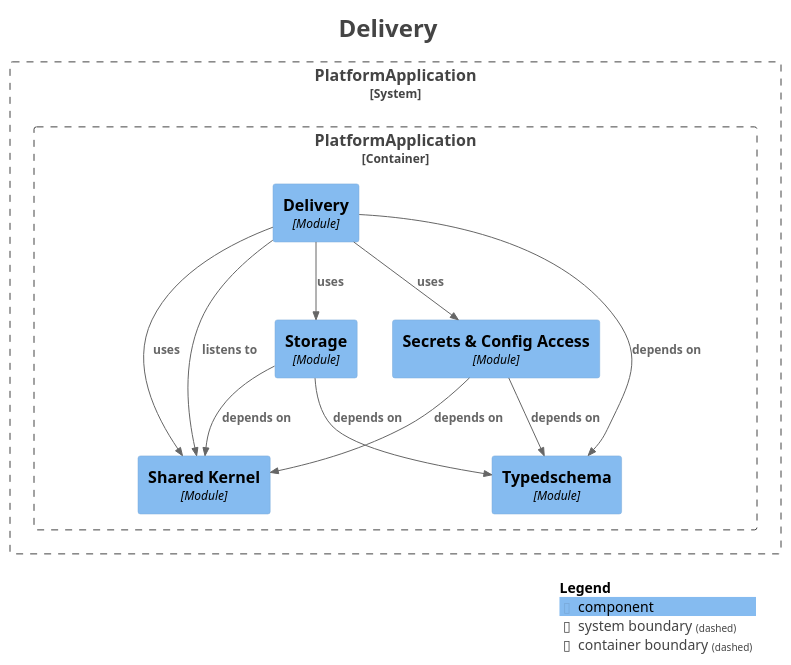
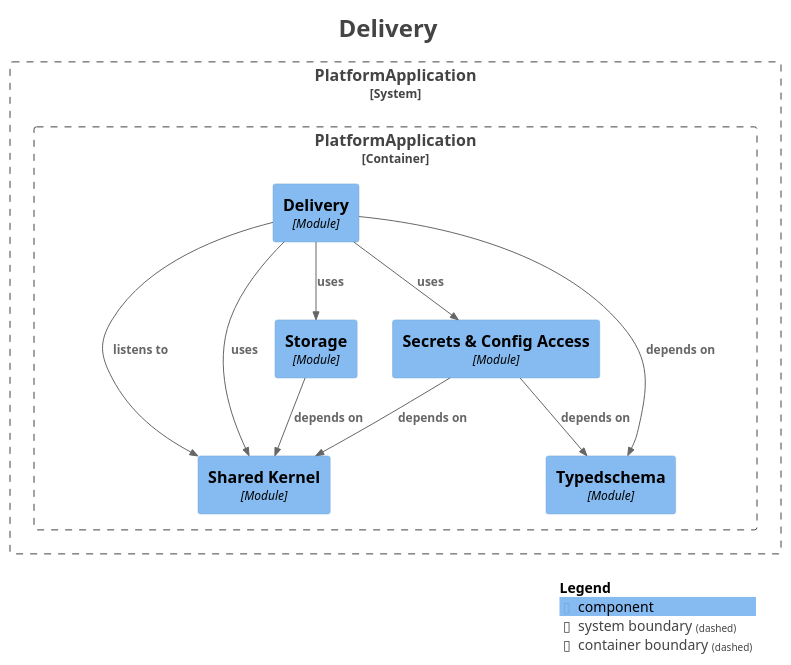
The diagram in platform-app/docs/architecture/maps/generated/modulith/module-delivery.puml (shangxq007/media-platform), drawn with PlantUML before and after one commit. The commit also changed 163 other files, not shown here.

```diff
--- a/platform-app/docs/architecture/maps/generated/modulith/module-delivery.puml
+++ b/platform-app/docs/architecture/maps/generated/modulith/module-delivery.puml
@@ -1,41 +1,40 @@
 @startuml
 title <size:24>Delivery</size>
 
 set separator none
 top to bottom direction
 
 <style>
   root {
     BackgroundColor: #ffffff
     FontColor: #444444
   }
 </style>
 
 !include <C4/C4>
 !include <C4/C4_Context>
 !include <C4/C4_Component>
 
 System_Boundary("PlatformApplication_boundary", "PlatformApplication", $tags="") {
   Container_Boundary("PlatformApplication.PlatformApplication_boundary", "PlatformApplication", $tags="") {
     Component(PlatformApplication.PlatformApplication.Delivery, "Delivery", $techn="Module", $descr="", $tags="", $link="")
     Component(PlatformApplication.PlatformApplication.SecretsConfigAccess, "Secrets & Config Access", $techn="Module", $descr="", $tags="", $link="")
     Component(PlatformApplication.PlatformApplication.SharedKernel, "Shared Kernel", $techn="Module", $descr="", $tags="", $link="")
     Component(PlatformApplication.PlatformApplication.Storage, "Storage", $techn="Module", $descr="", $tags="", $link="")
     Component(PlatformApplication.PlatformApplication.Typedschema, "Typedschema", $techn="Module", $descr="", $tags="", $link="")
   }
 
 }
 
 Rel(PlatformApplication.PlatformApplication.Delivery, PlatformApplication.PlatformApplication.SecretsConfigAccess, "uses", $techn="", $tags="", $link="")
 Rel(PlatformApplication.PlatformApplication.Delivery, PlatformApplication.PlatformApplication.SharedKernel, "listens to", $techn="", $tags="", $link="")
 Rel(PlatformApplication.PlatformApplication.Delivery, PlatformApplication.PlatformApplication.SharedKernel, "uses", $techn="", $tags="", $link="")
 Rel(PlatformApplication.PlatformApplication.Delivery, PlatformApplication.PlatformApplication.Storage, "uses", $techn="", $tags="", $link="")
 Rel(PlatformApplication.PlatformApplication.Delivery, PlatformApplication.PlatformApplication.Typedschema, "depends on", $techn="", $tags="", $link="")
 Rel(PlatformApplication.PlatformApplication.SecretsConfigAccess, PlatformApplication.PlatformApplication.SharedKernel, "depends on", $techn="", $tags="", $link="")
 Rel(PlatformApplication.PlatformApplication.SecretsConfigAccess, PlatformApplication.PlatformApplication.Typedschema, "depends on", $techn="", $tags="", $link="")
 Rel(PlatformApplication.PlatformApplication.Storage, PlatformApplication.PlatformApplication.SharedKernel, "depends on", $techn="", $tags="", $link="")
-Rel(PlatformApplication.PlatformApplication.Storage, PlatformApplication.PlatformApplication.Typedschema, "depends on", $techn="", $tags="", $link="")
 
 SHOW_LEGEND(true)
 hide stereotypes
 @enduml
```
